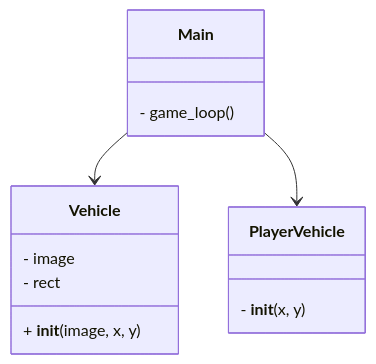
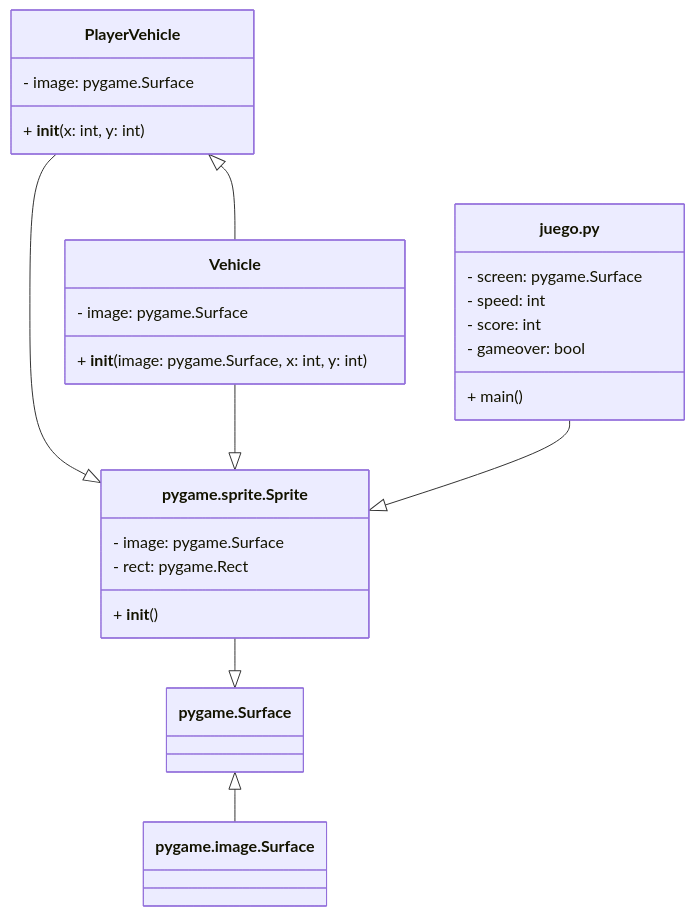
One commit to jony24a/python-car-game-main changed the second of 4 diagrams in README.md. Above: the diagram before and after it, drawn with Mermaid.

````diff
--- a/README.md
+++ b/README.md
@@ -33,19 +33,33 @@
 ```mermaid
 classDiagram
+    class PlayerVehicle {
+        - image: pygame.Surface
+        + __init__(x: int, y: int)
+    }
     class Vehicle {
-        - image
-        - rect
-        + __init__(image, x, y)
+        - image: pygame.Surface
+        + __init__(image: pygame.Surface, x: int, y: int)
     }
-    class PlayerVehicle {
-        - __init__(x, y)
+    class juego.py {
+        - screen: pygame.Surface
+        - speed: int
+        - score: int
+        - gameover: bool
+        + main()
     }
-    class Main {
-        - game_loop()
+    class pygame.Surface
+    class pygame.image.Surface
+    class pygame.sprite.Sprite {
+        - image: pygame.Surface
+        - rect: pygame.Rect
+        + __init__()
     }
 
-    Main --> Vehicle
-    Main --> PlayerVehicle
-
+    PlayerVehicle <|-- Vehicle
+    PlayerVehicle --|> pygame.sprite.Sprite
+    Vehicle --|> pygame.sprite.Sprite
+    juego.py --|> pygame.sprite.Sprite
+    pygame.sprite.Sprite --|> pygame.Surface
+    pygame.Surface <|-- pygame.image.Surface
 
 ```
````
